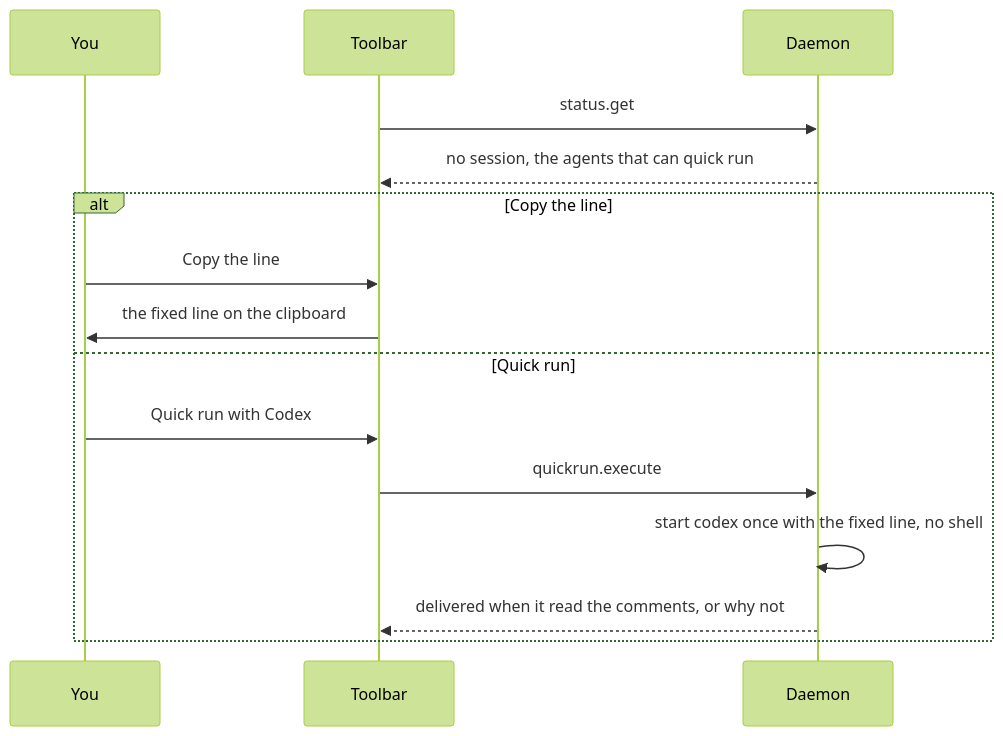
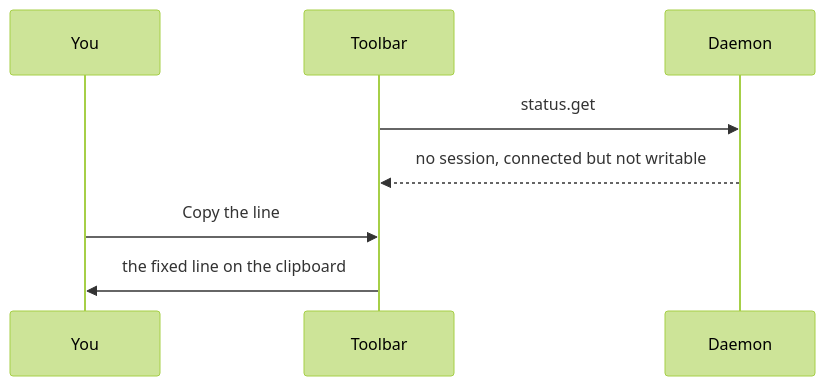
The fourth of 4 diagrams in docs/flows.md (pallandir/northstar), drawn with Mermaid (forest theme) before and after one commit. The commit also changed 50 other files, not shown here.

````diff
--- a/docs/flows.md
+++ b/docs/flows.md
@@ -123,18 +123,11 @@
 ```mermaid
 sequenceDiagram
     participant U as You
     participant T as Toolbar
     participant D as Daemon
 
     T->>D: status.get
-    D-->>T: no session, the agents that can quick run
-    alt Copy the line
-        U->>T: Copy the line
-        T->>U: the fixed line on the clipboard
-    else Quick run
-        U->>T: Quick run with Codex
-        T->>D: quickrun.execute
-        D->>D: start codex once with the fixed line, no shell
-        D-->>T: delivered when it read the comments, or why not
-    end
+    D-->>T: no session, connected but not writable
+    U->>T: Copy the line
+    T->>U: the fixed line on the clipboard
 ```
````
